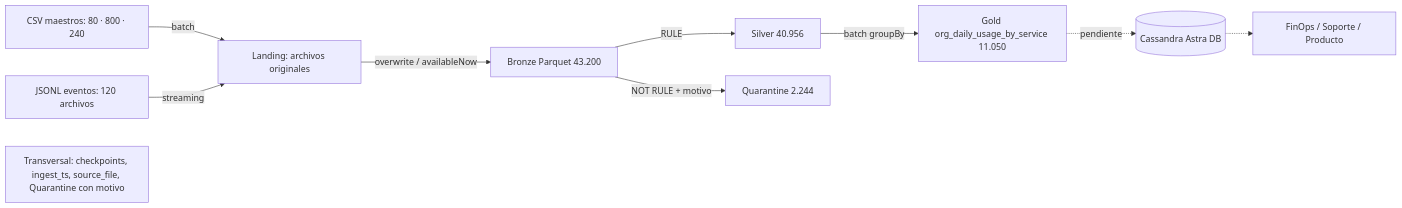
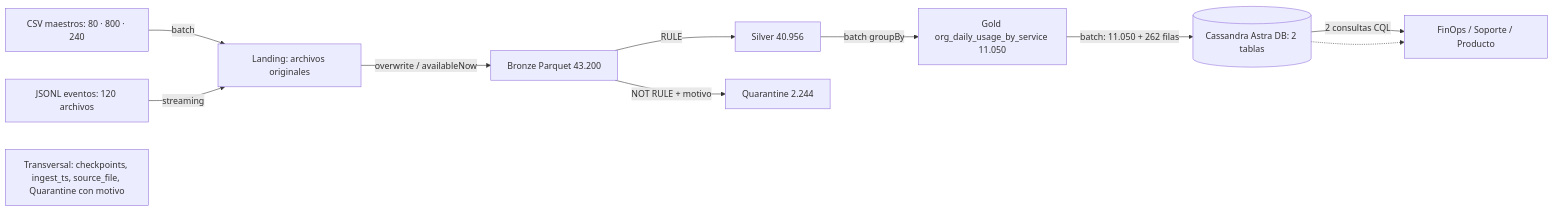
One commit to leadministrador/mineria-datos-ii-proyecto-integrador changed the diagram in docs/DISENO.md. Above: the diagram before and after it, drawn with Mermaid.

Commit message:
Diagrama con Astra DB implementado

````diff
--- a/docs/DISENO.md
+++ b/docs/DISENO.md
@@ -56,12 +56,13 @@
 ```mermaid
 flowchart LR
   A[CSV maestros: 80 · 800 · 240] -->|batch| L[Landing: archivos originales]
   B[JSONL eventos: 120 archivos] -->|streaming| L
   L -->|overwrite / availableNow| BR[Bronze Parquet 43.200]
   BR -->|RULE| S[Silver 40.956]
   BR -->|NOT RULE + motivo| Q[Quarantine 2.244]
   S -->|batch groupBy| G[Gold org_daily_usage_by_service 11.050]
-  G -.->|pendiente| C[(Cassandra Astra DB)]
+  G -->|batch: 11.050 + 262 filas| C[(Cassandra Astra DB: 2 tablas)]
+  C -->|2 consultas CQL| U[FinOps / Soporte / Producto]
   C -.-> U[FinOps / Soporte / Producto]
   T[Transversal: checkpoints, ingest_ts, source_file, Quarantine con motivo]
 ```
````
